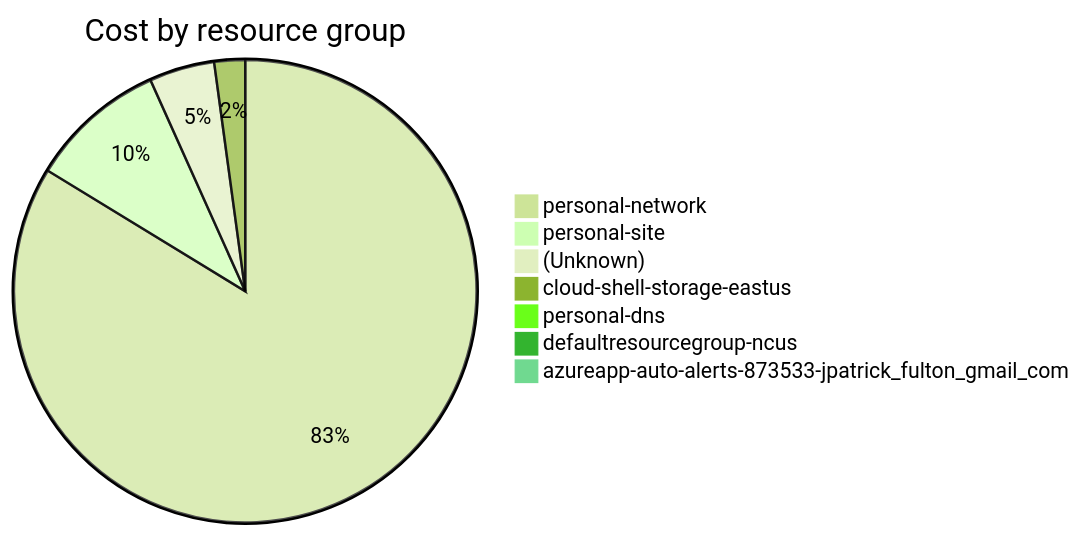
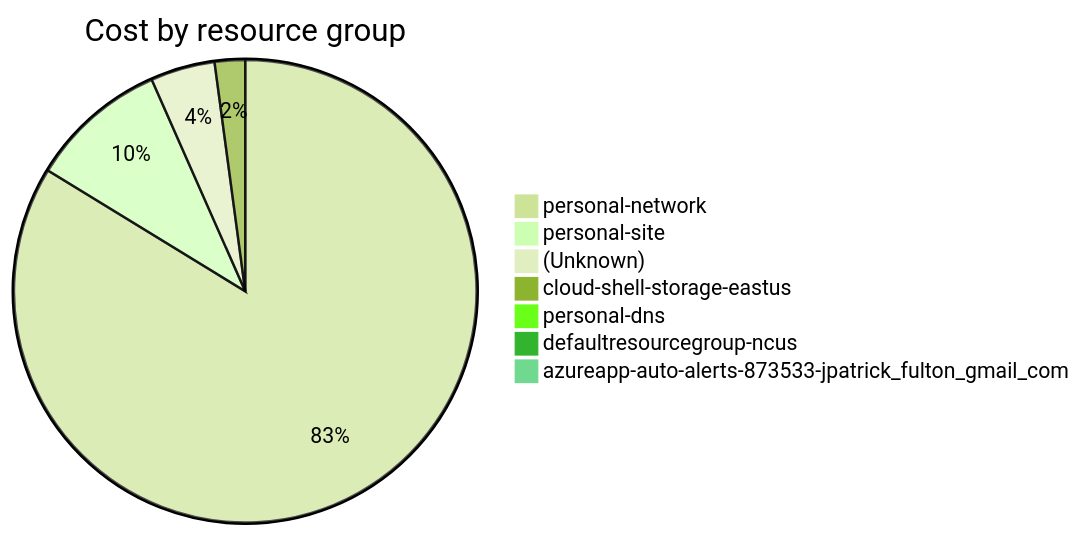
Before and after one commit to jpfulton/azure-personal-reports: the fourth of 4 diagrams in cost-reports/accumulated-cost.md, drawn with Mermaid (forest theme). The commit also changed other lines of this file and 4 other files, not shown here.

````diff
--- a/cost-reports/accumulated-cost.md
+++ b/cost-reports/accumulated-cost.md
@@ -159,11 +159,11 @@
 ```mermaid
 pie
    title Cost by resource group
-   "personal-network" : 219.15
-   "personal-site" : 25.02
-   "(Unknown)" : 11.94
-   "cloud-shell-storage-eastus" : 5.63
-   "personal-dns" : 0.78
+   "personal-network" : 222.63
+   "personal-site" : 25.61
+   "(Unknown)" : 11.97
+   "cloud-shell-storage-eastus" : 5.64
+   "personal-dns" : 0.82
    "defaultresourcegroup-ncus" : 0.00
    "azureapp-auto-alerts-873533-jpatrick_fulton_gmail_com" : 0.00
 ```
````
